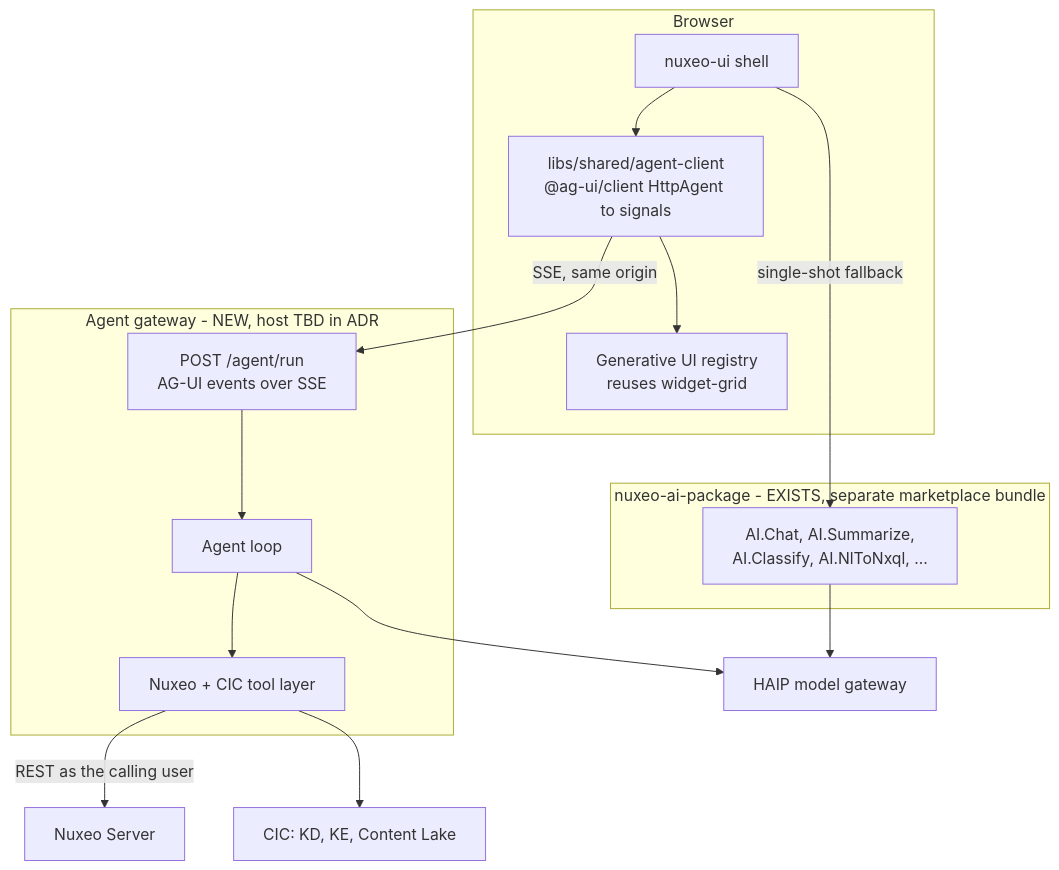
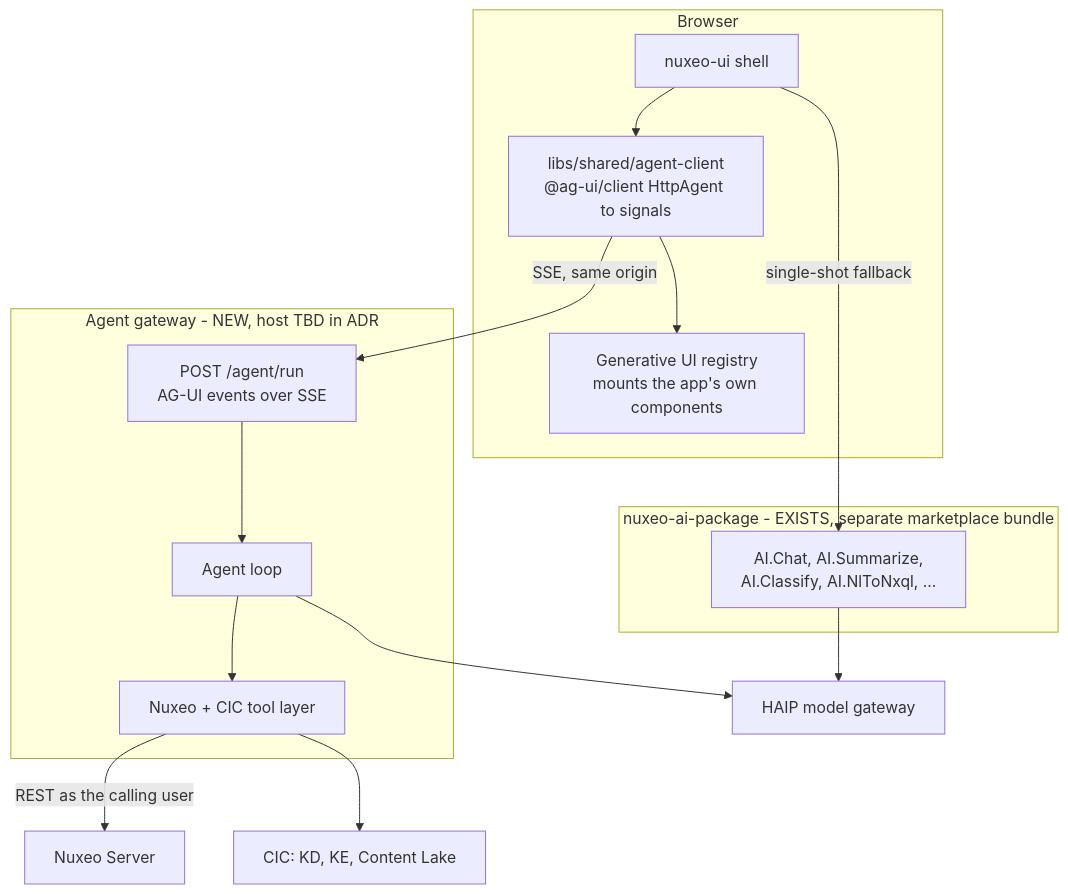
Before and after one commit to nuxeo/agentic-ui-poc: the diagram in docs/beta-engineering-plan.md, drawn with Mermaid. The commit also changed other lines of this file and 519 other files, not shown here.

````diff
--- a/docs/beta-engineering-plan.md
+++ b/docs/beta-engineering-plan.md
@@ -32,29 +40,29 @@
 ```mermaid
 flowchart TB
   subgraph browser [Browser]
     Shell["nuxeo-ui shell"]
     AgentClient["libs/shared/agent-client<br/>@ag-ui/client HttpAgent to signals"]
-    GenUI["Generative UI registry<br/>reuses widget-grid"]
+    GenUI["Generative UI registry<br/>mounts the app's own components"]
     Shell --> AgentClient
     AgentClient --> GenUI
   end
 
   subgraph gateway [Agent gateway - NEW, host TBD in ADR]
     Endpoint["POST /agent/run<br/>AG-UI events over SSE"]
     Loop["Agent loop"]
     Tools["Nuxeo + CIC tool layer"]
     Endpoint --> Loop
     Loop --> Tools
   end
 
   subgraph existing [nuxeo-ai-package - EXISTS, separate marketplace bundle]
     Ops["AI.Chat, AI.Summarize,<br/>AI.Classify, AI.NlToNxql, ..."]
   end
 
   AgentClient -->|"SSE, same origin"| Endpoint
   Tools -->|"REST as the calling user"| Nuxeo["Nuxeo Server"]
   Tools --> CIC["CIC: KD, KE, Content Lake"]
   Loop --> HAIP["HAIP model gateway"]
   Shell -->|"single-shot fallback"| Ops
   Ops --> HAIP
 ```
````
